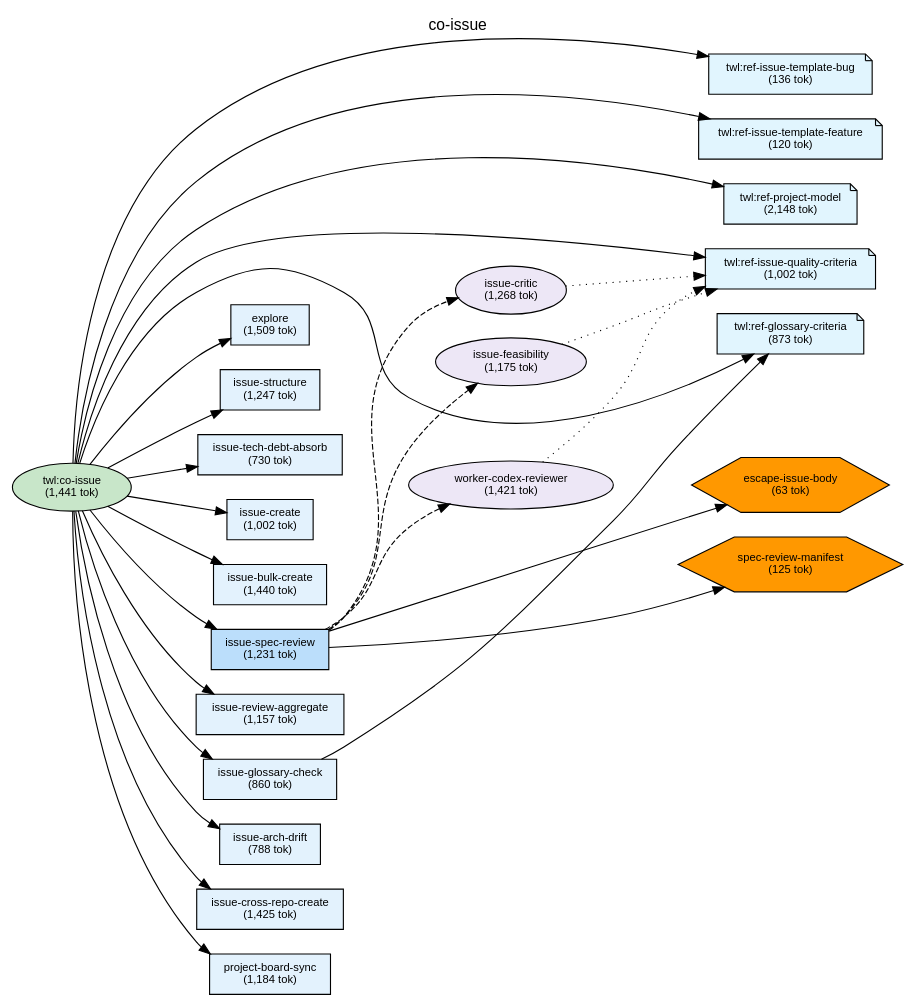
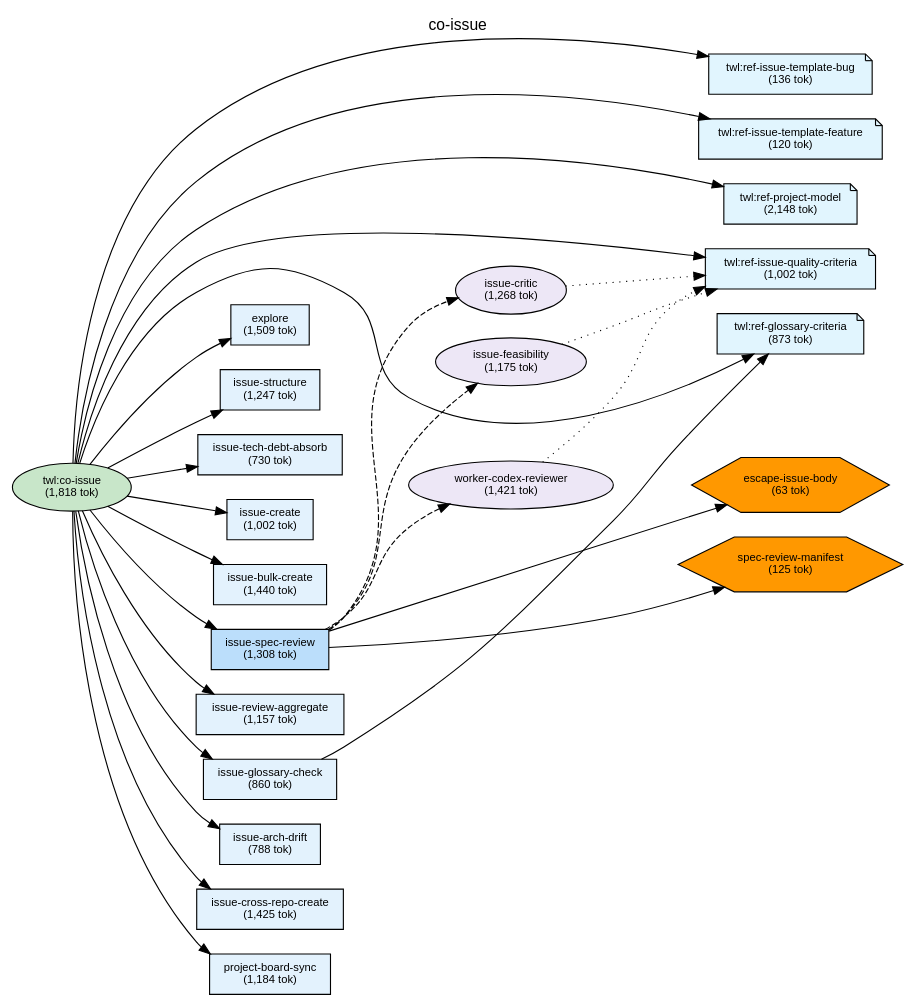
The diagram in plugins/twl/docs/deps-co-issue.dot (shuu5/twill), drawn with Graphviz before and after one commit. The commit also changed 21 other files, not shown here.

```diff
--- a/plugins/twl/docs/deps-co-issue.dot
+++ b/plugins/twl/docs/deps-co-issue.dot
@@ -1,108 +1,108 @@
 digraph Dependencies {
     // Graph settings
     rankdir=LR;
     ranksep=0.8;
     nodesep=0.3;
     fontname="Helvetica";
     node [fontname="Helvetica", fontsize=10];
     edge [fontname="Helvetica", fontsize=9];
     label="co-issue";
     labelloc=t;
     fontsize=14;
 
     // L0: Controller Skills
-    skill_co_issue [label="twl:co-issue\n(1,441 tok)", shape=ellipse, style=filled, fillcolor="#c8e6c9"];
+    skill_co_issue [label="twl:co-issue\n(1,818 tok)", shape=ellipse, style=filled, fillcolor="#c8e6c9"];
 
     // L0: Launchers
 
     // L0.5: Workflow Skills
 
     // Reference Skills
     skill_ref_issue_template_bug [label="twl:ref-issue-template-bug\n(136 tok)", shape=note, style=filled, fillcolor="#e1f5fe"];
     skill_ref_issue_template_feature [label="twl:ref-issue-template-feature\n(120 tok)", shape=note, style=filled, fillcolor="#e1f5fe"];
     skill_ref_project_model [label="twl:ref-project-model\n(2,148 tok)", shape=note, style=filled, fillcolor="#e1f5fe"];
     skill_ref_issue_quality_criteria [label="twl:ref-issue-quality-criteria\n(1,002 tok)", shape=note, style=filled, fillcolor="#e1f5fe"];
     skill_ref_glossary_criteria [label="twl:ref-glossary-criteria\n(873 tok)", shape=note, style=filled, fillcolor="#e1f5fe"];
 
     // L1: Direct Commands
     cmd_issue_structure [label="issue-structure\n(1,247 tok)", shape=box, style=filled, fillcolor="#e3f2fd"];
     cmd_issue_create [label="issue-create\n(1,002 tok)", shape=box, style=filled, fillcolor="#e3f2fd"];
     cmd_issue_bulk_create [label="issue-bulk-create\n(1,440 tok)", shape=box, style=filled, fillcolor="#e3f2fd"];
     cmd_issue_tech_debt_absorb [label="issue-tech-debt-absorb\n(730 tok)", shape=box, style=filled, fillcolor="#e3f2fd"];
-    cmd_issue_spec_review [label="issue-spec-review\n(1,231 tok)", shape=box, style=filled, fillcolor="#bbdefb"];
+    cmd_issue_spec_review [label="issue-spec-review\n(1,308 tok)", shape=box, style=filled, fillcolor="#bbdefb"];
     cmd_issue_review_aggregate [label="issue-review-aggregate\n(1,157 tok)", shape=box, style=filled, fillcolor="#e3f2fd"];
     cmd_issue_glossary_check [label="issue-glossary-check\n(860 tok)", shape=box, style=filled, fillcolor="#e3f2fd"];
     cmd_issue_arch_drift [label="issue-arch-drift\n(788 tok)", shape=box, style=filled, fillcolor="#e3f2fd"];
     cmd_issue_cross_repo_create [label="issue-cross-repo-create\n(1,425 tok)", shape=box, style=filled, fillcolor="#e3f2fd"];
     cmd_project_board_sync [label="project-board-sync\n(1,184 tok)", shape=box, style=filled, fillcolor="#e3f2fd"];
     cmd_explore [label="explore\n(1,509 tok)", shape=box, style=filled, fillcolor="#e3f2fd"];
 
     // L2: Sub Commands
 
     // L3: Agents
     agent_issue_critic [label="issue-critic\n(1,268 tok)", shape=ellipse, style=filled, fillcolor="#ede7f6"];
     agent_issue_feasibility [label="issue-feasibility\n(1,175 tok)", shape=ellipse, style=filled, fillcolor="#ede7f6"];
     agent_worker_codex_reviewer [label="worker-codex-reviewer\n(1,421 tok)", shape=ellipse, style=filled, fillcolor="#ede7f6"];
 
     // L3.5: Scripts
     script_escape_issue_body [label="escape-issue-body\n(63 tok)", shape=hexagon, style=filled, fillcolor="#FF9800"];
     script_spec_review_manifest [label="spec-review-manifest\n(125 tok)", shape=hexagon, style=filled, fillcolor="#FF9800"];
 
     // L4: External
 
     // Layer constraints
     { rank=same; skill_co_issue; }
     { rank=same; skill_ref_issue_template_bug; skill_ref_issue_template_feature; skill_ref_project_model; skill_ref_issue_quality_criteria; skill_ref_glossary_criteria; }
     { rank=same; cmd_issue_structure; cmd_issue_create; cmd_issue_bulk_create; cmd_issue_tech_debt_absorb; cmd_issue_spec_review; cmd_issue_review_aggregate; cmd_issue_glossary_check; cmd_issue_arch_drift; cmd_issue_cross_repo_create; cmd_project_board_sync; cmd_explore; }
     { rank=same; agent_issue_critic; agent_issue_feasibility; agent_worker_codex_reviewer; }
     { rank=same; script_escape_issue_body; script_spec_review_manifest; }
 
     // Edges
     skill_co_issue -> cmd_explore;
     skill_co_issue -> cmd_issue_structure;
     skill_co_issue -> cmd_issue_tech_debt_absorb;
     skill_co_issue -> cmd_issue_create;
     skill_co_issue -> cmd_issue_bulk_create;
     skill_co_issue -> cmd_issue_spec_review;
     skill_co_issue -> cmd_issue_review_aggregate;
     skill_co_issue -> cmd_issue_glossary_check;
     skill_co_issue -> cmd_issue_arch_drift;
     skill_co_issue -> cmd_issue_cross_repo_create;
     skill_co_issue -> cmd_project_board_sync;
     skill_co_issue -> skill_ref_issue_template_bug;
     skill_co_issue -> skill_ref_issue_template_feature;
     skill_co_issue -> skill_ref_project_model;
     skill_co_issue -> skill_ref_issue_quality_criteria;
     skill_co_issue -> skill_ref_glossary_criteria;
     cmd_issue_spec_review -> agent_issue_critic [style=dashed];
     cmd_issue_spec_review -> agent_issue_feasibility [style=dashed];
     cmd_issue_spec_review -> agent_worker_codex_reviewer [style=dashed];
     cmd_issue_spec_review -> script_escape_issue_body;
     cmd_issue_spec_review -> script_spec_review_manifest;
     cmd_issue_glossary_check -> skill_ref_glossary_criteria;
     agent_issue_critic -> skill_ref_issue_quality_criteria [style=dotted];
     agent_issue_feasibility -> skill_ref_issue_quality_criteria [style=dotted];
     agent_worker_codex_reviewer -> skill_ref_issue_quality_criteria [style=dotted];
 
     // Ordering constraints (invisible edges)
     cmd_explore -> cmd_issue_structure [style=invis, weight=10];
     cmd_issue_structure -> cmd_issue_tech_debt_absorb [style=invis, weight=10];
     cmd_issue_tech_debt_absorb -> cmd_issue_create [style=invis, weight=10];
     cmd_issue_create -> cmd_issue_bulk_create [style=invis, weight=10];
     cmd_issue_bulk_create -> cmd_issue_spec_review [style=invis, weight=10];
     cmd_issue_spec_review -> cmd_issue_review_aggregate [style=invis, weight=10];
     cmd_issue_review_aggregate -> cmd_issue_glossary_check [style=invis, weight=10];
     cmd_issue_glossary_check -> cmd_issue_arch_drift [style=invis, weight=10];
     cmd_issue_arch_drift -> cmd_issue_cross_repo_create [style=invis, weight=10];
     cmd_issue_cross_repo_create -> cmd_project_board_sync [style=invis, weight=10];
     cmd_project_board_sync -> skill_ref_issue_template_bug [style=invis, weight=10];
     skill_ref_issue_template_bug -> skill_ref_issue_template_feature [style=invis, weight=10];
     skill_ref_issue_template_feature -> skill_ref_project_model [style=invis, weight=10];
     skill_ref_project_model -> skill_ref_issue_quality_criteria [style=invis, weight=10];
     skill_ref_issue_quality_criteria -> skill_ref_glossary_criteria [style=invis, weight=10];
     agent_issue_critic -> agent_issue_feasibility [style=invis, weight=10];
     agent_issue_feasibility -> agent_worker_codex_reviewer [style=invis, weight=10];
     agent_worker_codex_reviewer -> script_escape_issue_body [style=invis, weight=10];
     script_escape_issue_body -> script_spec_review_manifest [style=invis, weight=10];
 
 }
```
